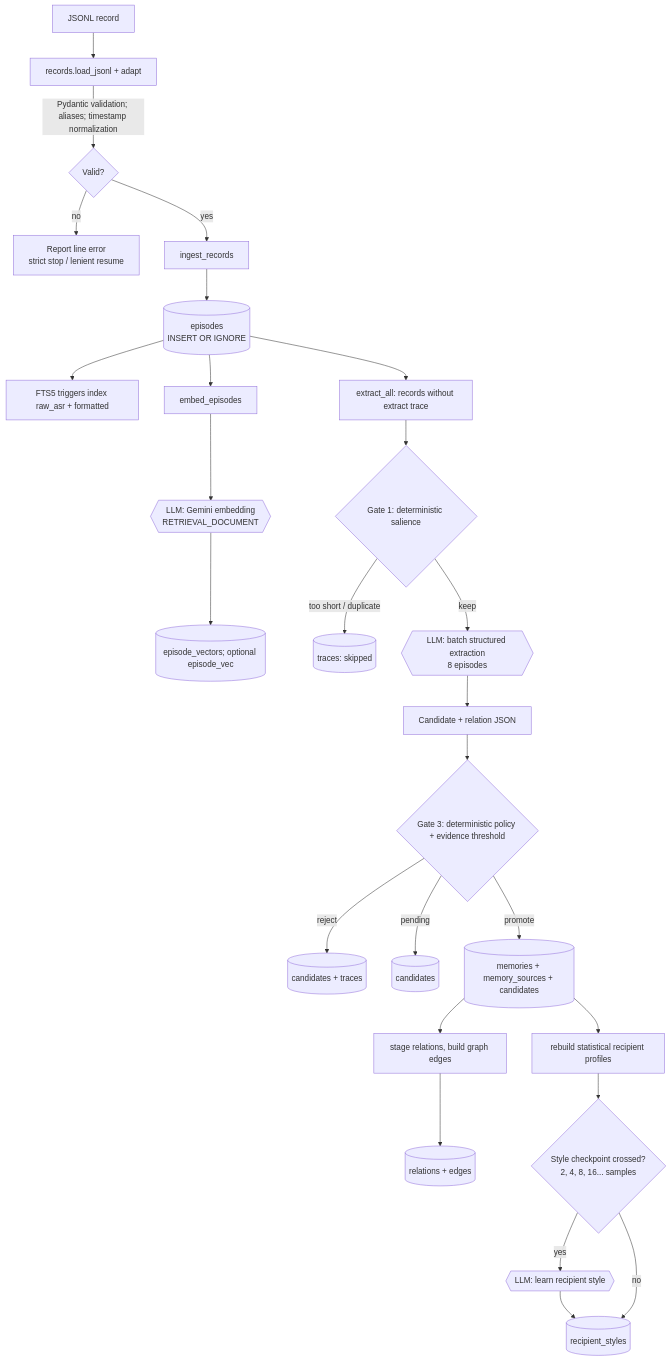
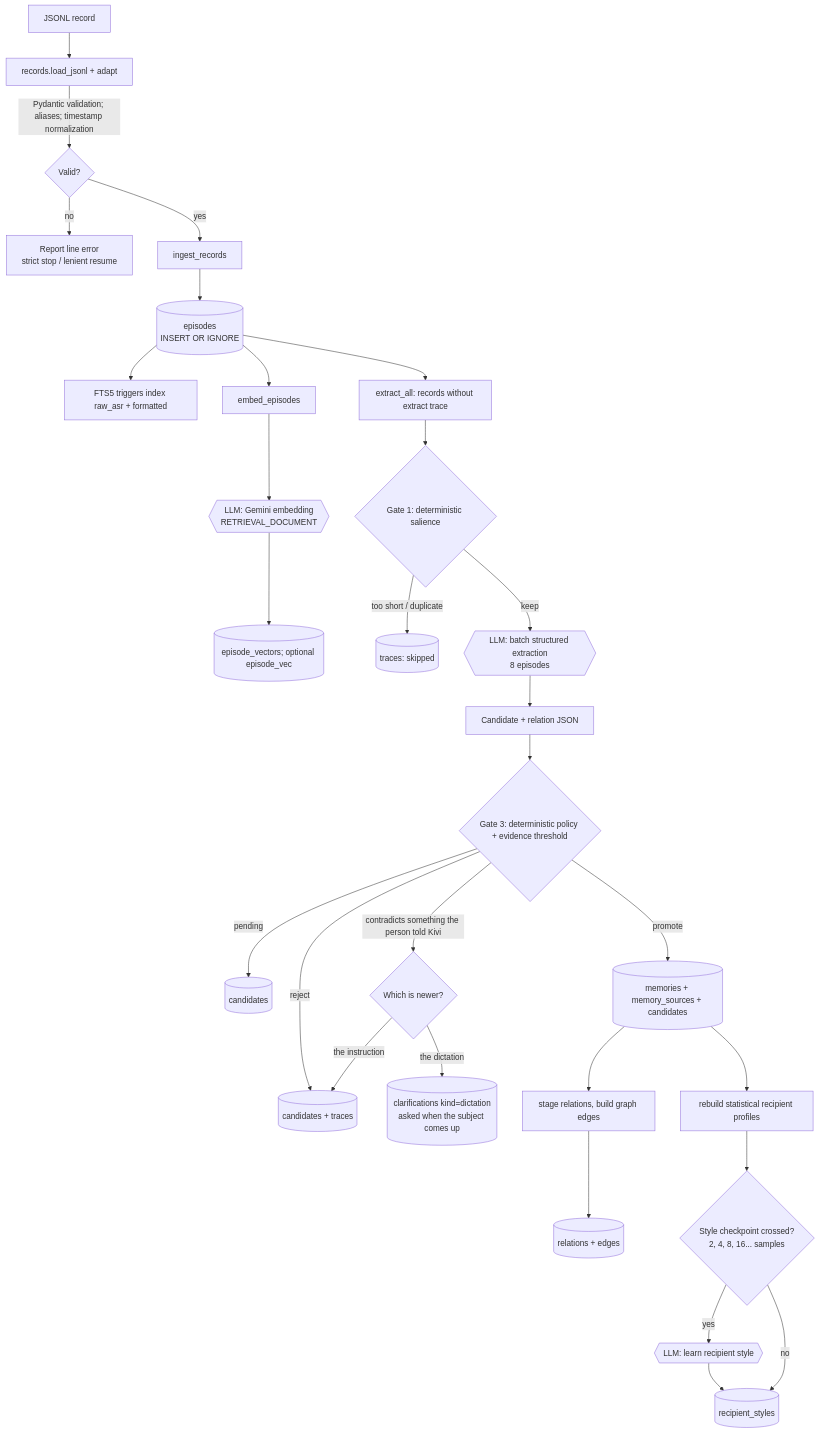
The diagram in docs/application-flows/01-data-ingestion.md (chethan180/kivi-semantic-memory), drawn with Mermaid before and after one commit. The commit also changed other lines of this file and 22 other files, not shown here.

````diff
--- a/docs/application-flows/01-data-ingestion.md
+++ b/docs/application-flows/01-data-ingestion.md
@@ -3,28 +3,31 @@
 ```mermaid
 flowchart TD
   A[JSONL record] --> B[records.load_jsonl + adapt]
   B -->|Pydantic validation; aliases; timestamp normalization| C{Valid?}
   C -->|no| C1[Report line error\nstrict stop / lenient resume]
   C -->|yes| D[ingest_records]
   D --> E[(episodes\nINSERT OR IGNORE)]
   E --> F[FTS5 triggers index raw_asr + formatted]
   E --> G[embed_episodes]
   G --> H{{LLM: Gemini embedding\nRETRIEVAL_DOCUMENT}}
   H --> I[(episode_vectors; optional episode_vec)]
   E --> J[extract_all: records without extract trace]
   J --> K{Gate 1: deterministic salience}
   K -->|too short / duplicate| K1[(traces: skipped)]
   K -->|keep| L{{LLM: batch structured extraction\n8 episodes}}
   L --> M[Candidate + relation JSON]
   M --> N{Gate 3: deterministic policy + evidence threshold}
   N -->|reject| O[(candidates + traces)]
   N -->|pending| P[(candidates)]
   N -->|promote| Q[(memories + memory_sources + candidates)]
+  N -->|contradicts something the person told Kivi| N2{Which is newer?}
+  N2 -->|the instruction| O
+  N2 -->|the dictation| N3[("clarifications kind=dictation<br/>asked when the subject comes up")]
   Q --> R[stage relations, build graph edges]
   R --> S[(relations + edges)]
   Q --> T[rebuild statistical recipient profiles]
   T --> U{Style checkpoint crossed?\n2, 4, 8, 16... samples}
   U -->|yes| V{{LLM: learn recipient style}}
   V --> W[(recipient_styles)]
   U -->|no| W
 ```
````
